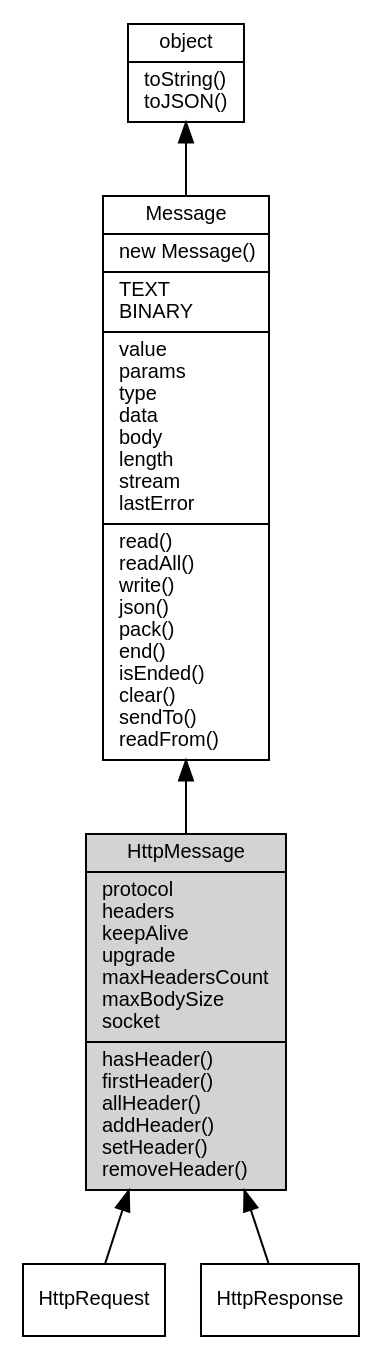
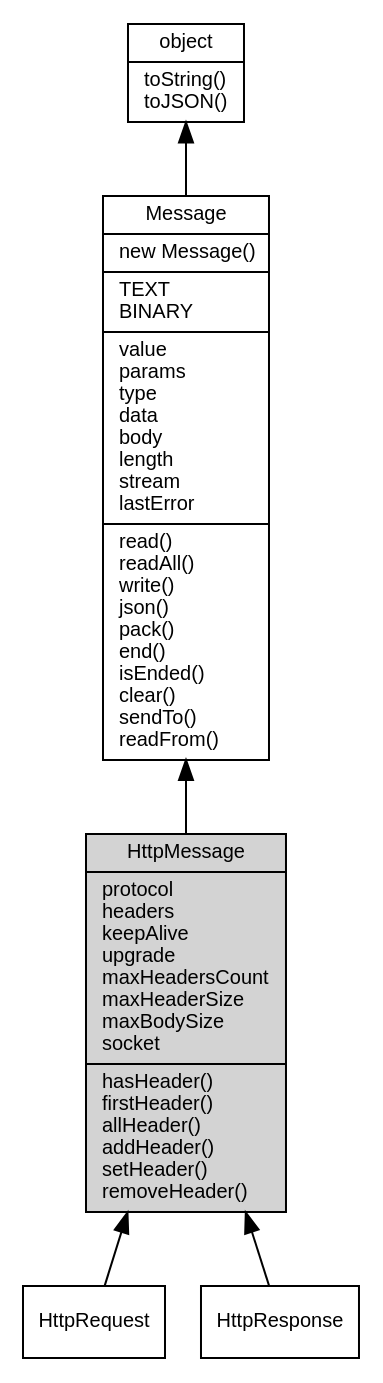
The diagram in docs/manual/object/ifs/HttpMessage.md (fibjs/fibjs.org), drawn with Graphviz before and after one commit. The commit also changed other lines of this file and 13 other files, not shown here.

````diff
--- a/docs/manual/object/ifs/HttpMessage.md
+++ b/docs/manual/object/ifs/HttpMessage.md
@@ -5,16 +5,16 @@
 ```dot
 digraph {
     node [fontname="Helvetica,sans-Serif", fontsize=10, shape="record", style="filled", fillcolor="white"];
 
     object [tooltip="object", URL="object.md", label="{object|toString()\ltoJSON()\l}"];
     Message [tooltip="Message", URL="Message.md", label="{Message|new Message()\l|TEXT\lBINARY\l|value\lparams\ltype\ldata\lbody\llength\lstream\llastError\l|read()\lreadAll()\lwrite()\ljson()\lpack()\lend()\lisEnded()\lclear()\lsendTo()\lreadFrom()\l}"];
-    HttpMessage [tooltip="HttpMessage", fillcolor="lightgray", id="me", label="{HttpMessage|protocol\lheaders\lkeepAlive\lupgrade\lmaxHeadersCount\lmaxBodySize\lsocket\l|hasHeader()\lfirstHeader()\lallHeader()\laddHeader()\lsetHeader()\lremoveHeader()\l}"];
+    HttpMessage [tooltip="HttpMessage", fillcolor="lightgray", id="me", label="{HttpMessage|protocol\lheaders\lkeepAlive\lupgrade\lmaxHeadersCount\lmaxHeaderSize\lmaxBodySize\lsocket\l|hasHeader()\lfirstHeader()\lallHeader()\laddHeader()\lsetHeader()\lremoveHeader()\l}"];
     HttpRequest [tooltip="HttpRequest", URL="HttpRequest.md", label="{HttpRequest}"];
     HttpResponse [tooltip="HttpResponse", URL="HttpResponse.md", label="{HttpResponse}"];
 
     object -> Message [dir=back];
     Message -> HttpMessage [dir=back];
     HttpMessage -> HttpRequest [dir=back];
     HttpMessage -> HttpResponse [dir=back];
 }
 ```
````
